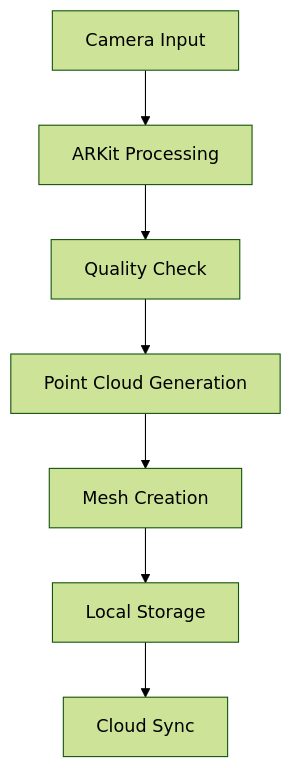
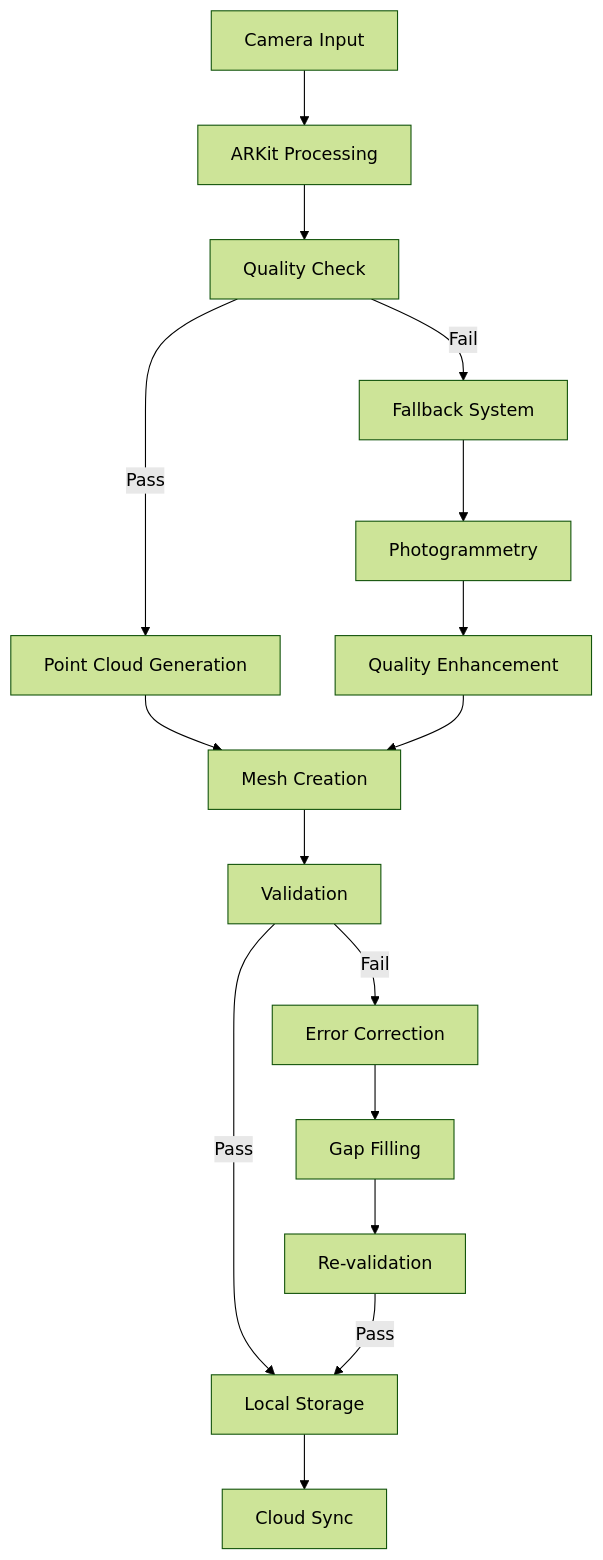
Before and after one commit to omrozmn/xcalp: the first of 2 diagrams in xcalp/blueprints/ios_clinic_blueprint.md, drawn with Mermaid (forest theme). The commit also changed other lines of this file and 1307 other files, not shown here.

````diff
--- a/xcalp/blueprints/ios_clinic_blueprint.md
+++ b/xcalp/blueprints/ios_clinic_blueprint.md
@@ -941,9 +959,18 @@
   ```mermaid
   graph TD
     A[Camera Input] --> B[ARKit Processing]
     B --> C[Quality Check]
-    C --> D[Point Cloud Generation]
-    D --> E[Mesh Creation]
-    E --> F[Local Storage]
-    F --> G[Cloud Sync]
+    C -->|Pass| D[Point Cloud Generation]
+    C -->|Fail| E[Fallback System]
+    E --> F[Photogrammetry]
+    F --> G[Quality Enhancement]
+    D --> H[Mesh Creation]
+    G --> H
+    H --> I[Validation]
+    I -->|Pass| J[Local Storage]
+    I -->|Fail| K[Error Correction]
+    K --> L[Gap Filling]
+    L --> M[Re-validation]
+    M -->|Pass| J
+    J --> N[Cloud Sync]
   ```
````
